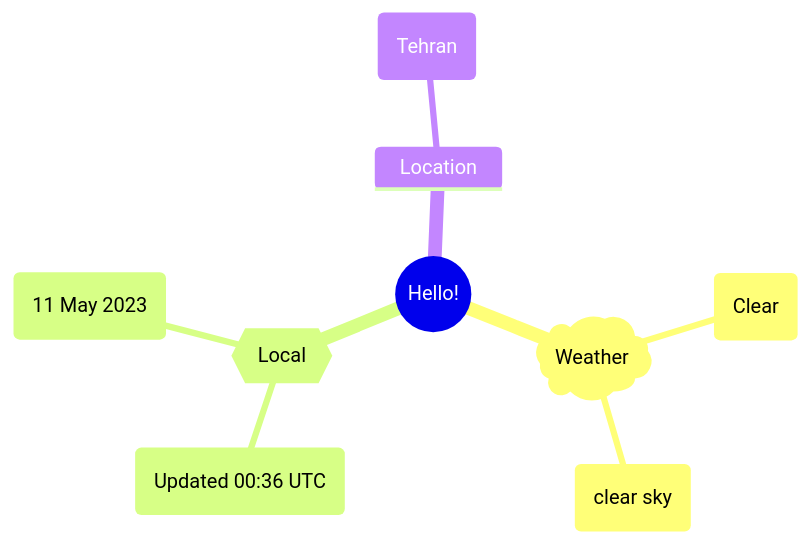
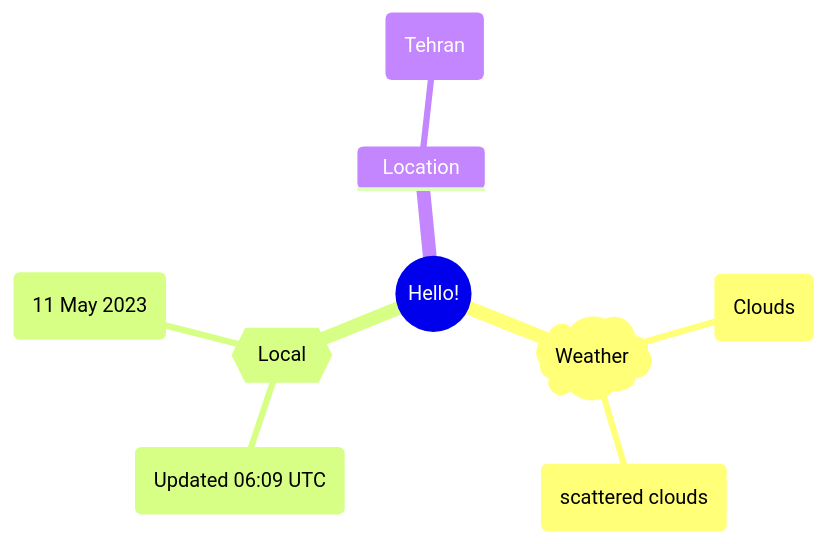
The first of 2 diagrams in README.md (Xosrov/Xosrov), drawn with Mermaid before and after one commit.

Commit message:
[bot] updated images

````diff
--- a/README.md
+++ b/README.md
@@ -3,12 +3,12 @@
 ```mermaid
 mindmap
   root((Hello!))
     )Weather(
-        (Clear)
-        (clear sky)
+        (Clouds)
+        (scattered clouds)
     {{Local}}
-        (Updated 00:36 UTC)
+        (Updated 06:09 UTC)
         (11 May 2023)
     Location
         (Tehran)
 ```
````
